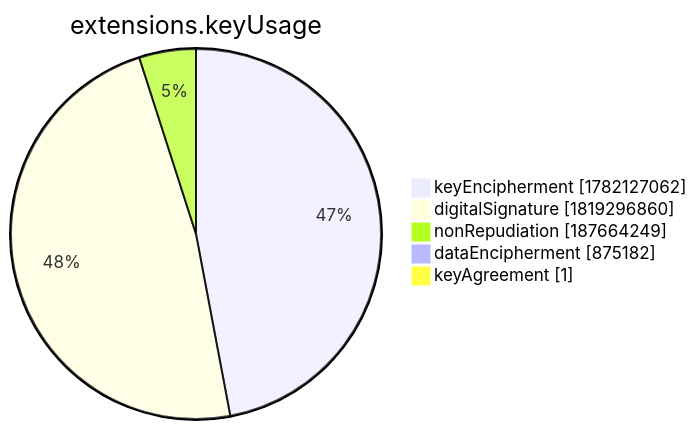
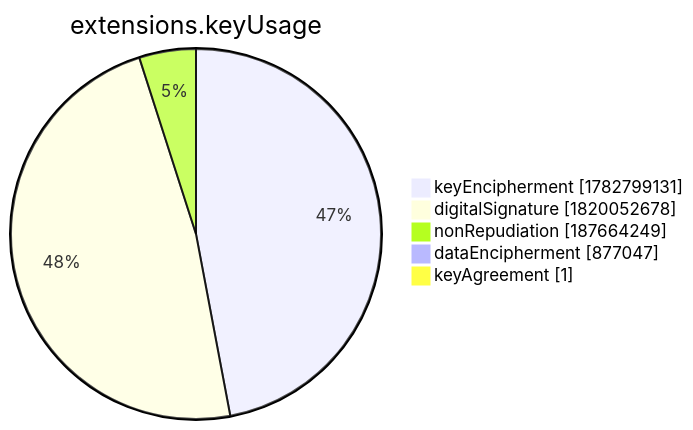
Before and after one commit to christiankrug/ctmonitor_visualization: the seventh of 15 diagrams in xenon2022/README.md, drawn with Mermaid. The commit also changed other lines of this file, not shown here.

````diff
--- a/xenon2022/README.md
+++ b/xenon2022/README.md
@@ -2859,9 +2859,9 @@
 ```mermaid
 pie showData
 title extensions.keyUsage
-"keyEncipherment" :1782127062
-"digitalSignature" :1819296860
+"keyEncipherment" :1782799131
+"digitalSignature" :1820052678
 "nonRepudiation" :187664249
-"dataEncipherment" :875182
+"dataEncipherment" :877047
 "keyAgreement" :1
 ```
````
